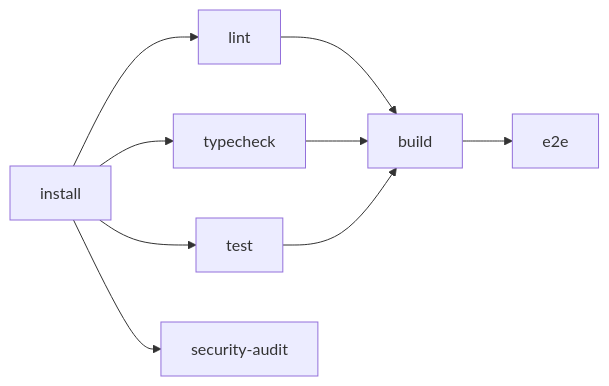
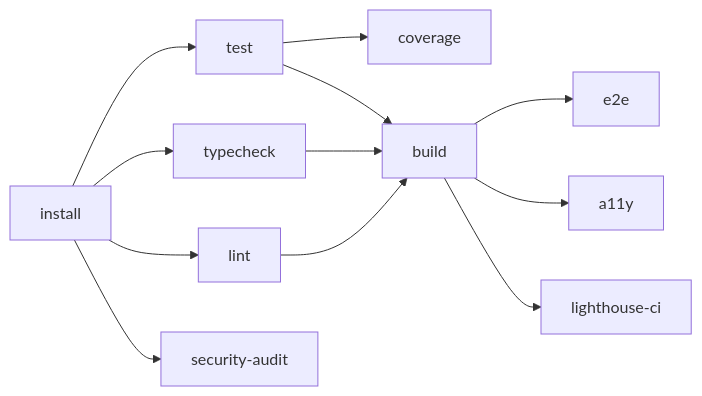
The diagram in docs/agents/devex-devops/ci-cd.md (Spigotek/SDM-Rewrite), drawn with Mermaid before and after one commit. The commit also changed other lines of this file and 8 other files, not shown here.

First line of the commit message:
[20260508-192438][round-2][08] devex-devops (r2): Turborepo, apps/bff scaffold, coverage+LHCI+axe jobs, 10 MSW modules, X-Tenant

````diff
--- a/docs/agents/devex-devops/ci-cd.md
+++ b/docs/agents/devex-devops/ci-cd.md
@@ -175,11 +280,14 @@
 ```mermaid
 graph LR
     install --> lint
     install --> typecheck
     install --> test
     install --> security_audit[security-audit]
+    test --> coverage
     lint --> build
     typecheck --> build
     test --> build
     build --> e2e
+    build --> a11y
+    build --> lhci[lighthouse-ci]
 ```
````
